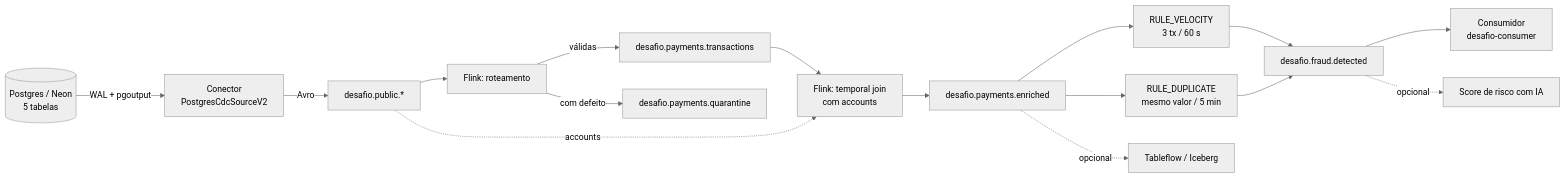
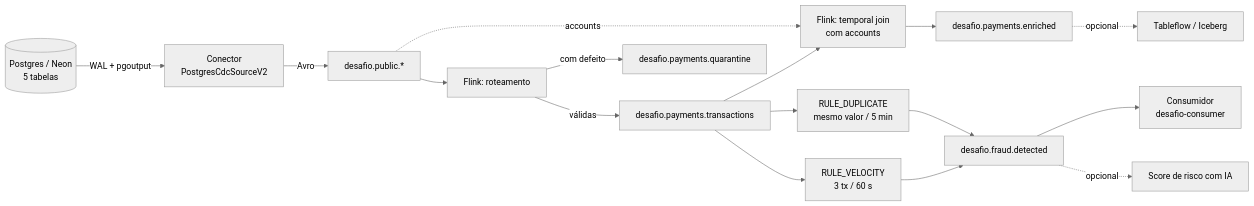
One commit to LuksDvs/pipeline-pagamentos-confluent changed the diagram in README.md. Above: the diagram before and after it, drawn with Mermaid (neutral theme). The commit also changed other lines of this file and 4 other files, not shown here.

````diff
--- a/README.md
+++ b/README.md
@@ -7,18 +7,18 @@
 ```mermaid
 flowchart LR
   PG[(Postgres / Neon<br/>5 tabelas)] -- WAL + pgoutput --> CDC[Conector<br/>PostgresCdcSourceV2]
   CDC -- Avro --> T1[desafio.public.*]
   T1 --> F1[Flink: roteamento]
   F1 -- válidas --> T2[desafio.payments.transactions]
   F1 -- com defeito --> Q[desafio.payments.quarantine]
   T2 --> F2[Flink: temporal join<br/>com accounts]
   T1 -. accounts .-> F2
   F2 --> T3[desafio.payments.enriched]
-  T3 --> R1[RULE_VELOCITY<br/>3 tx / 60 s]
-  T3 --> R2[RULE_DUPLICATE<br/>mesmo valor / 5 min]
+  T2 --> R1[RULE_VELOCITY<br/>3 tx / 60 s]
+  T2 --> R2[RULE_DUPLICATE<br/>mesmo valor / 5 min]
   R1 --> A[desafio.fraud.detected]
   R2 --> A
   A --> C[Consumidor<br/>desafio-consumer]
   A -. opcional .-> IA[Score de risco com IA]
   T3 -. opcional .-> TF[Tableflow / Iceberg]
 ```
````
